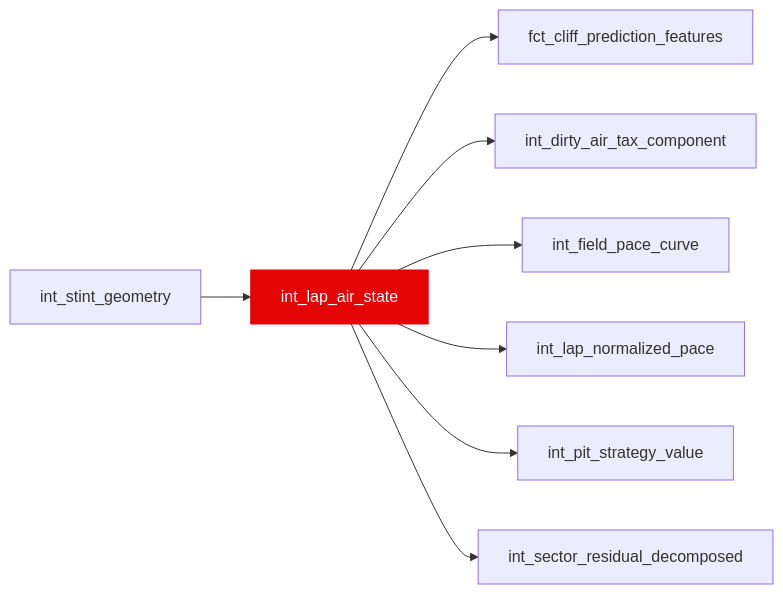
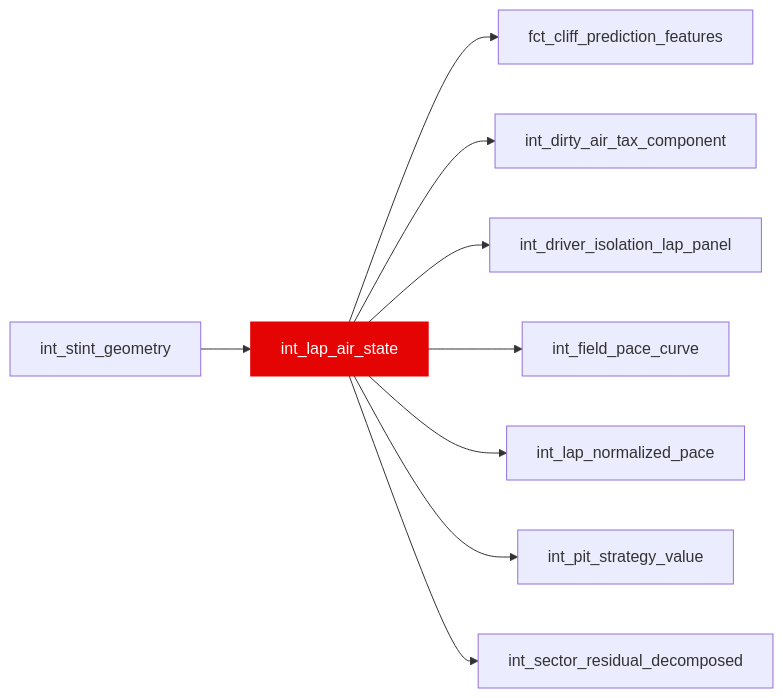
Before and after one commit to JustinClarke/off-the-pace: the diagram in docs/reference/models/int/int_lap_air_state.mdx, drawn with Mermaid. The commit also changed other lines of this file and 79 other files, not shown here.

````diff
--- a/docs/reference/models/int/int_lap_air_state.mdx
+++ b/docs/reference/models/int/int_lap_air_state.mdx
@@ -15,11 +15,12 @@
 ```mermaid
 flowchart LR
   int_stint_geometry --> int_lap_air_state
   int_lap_air_state --> fct_cliff_prediction_features
   int_lap_air_state --> int_dirty_air_tax_component
+  int_lap_air_state --> int_driver_isolation_lap_panel
   int_lap_air_state --> int_field_pace_curve
   int_lap_air_state --> int_lap_normalized_pace
   int_lap_air_state --> int_pit_strategy_value
   int_lap_air_state --> int_sector_residual_decomposed
   style int_lap_air_state fill:#e40404,stroke:#e40404,color:#fff
 ```
````
